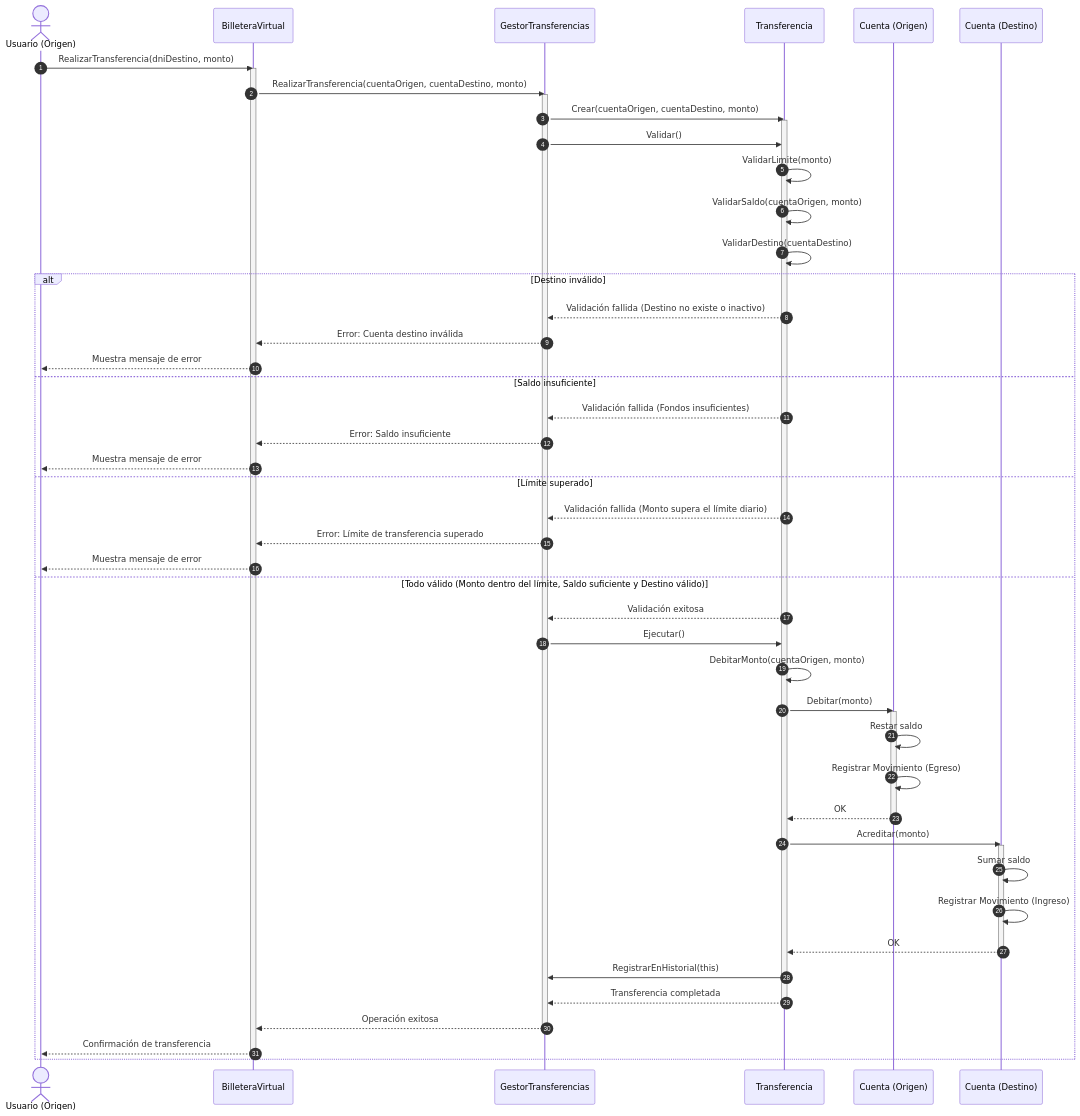
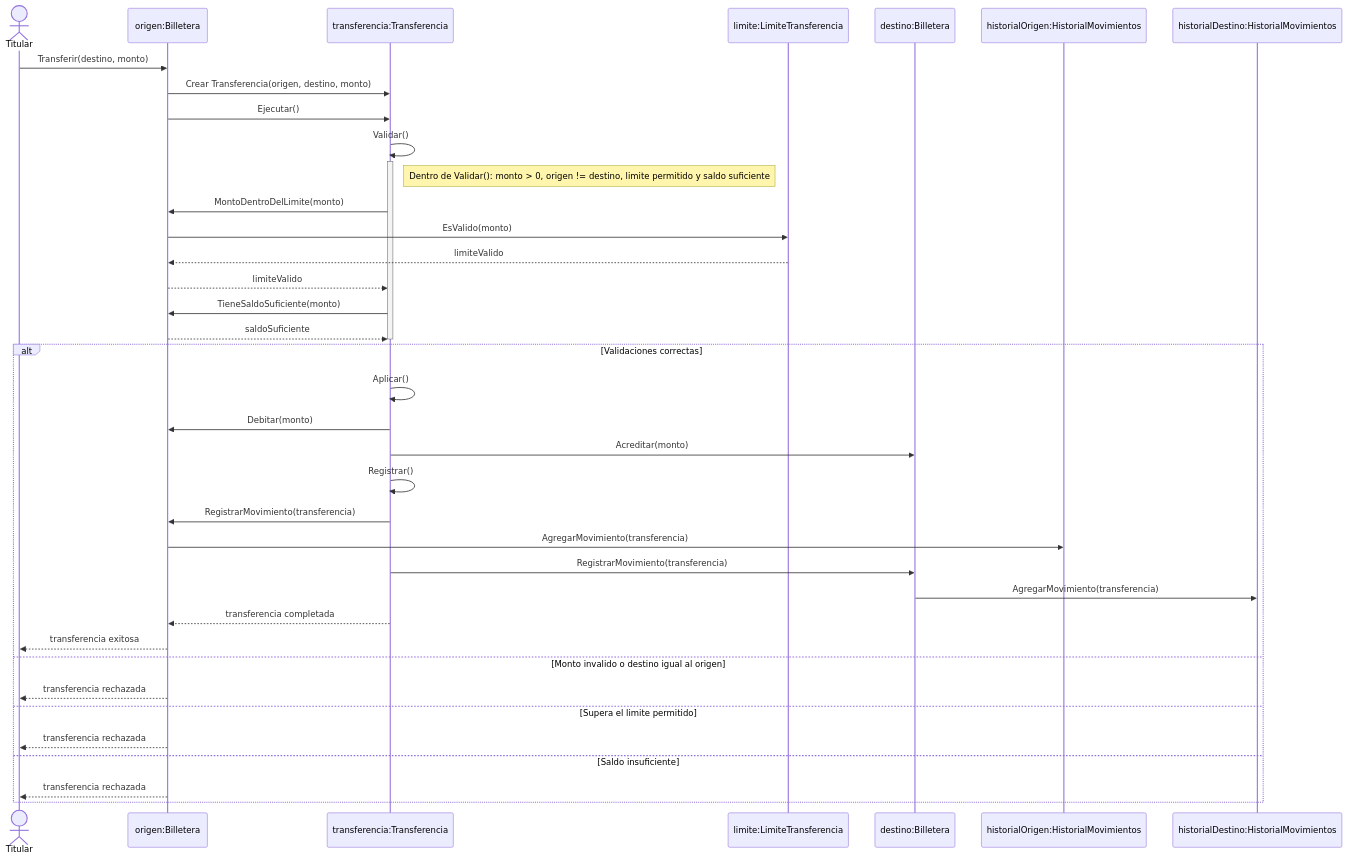
One commit to ElPichichiii/BilleteraVirtual changed the second of 2 diagrams in docs/modelo.md. Above: the diagram before and after it, drawn with Mermaid. The commit also changed other lines of this file, not shown here.

Commit message:
docs: actualizar UML y diagrama de secuencia

````diff
--- a/docs/modelo.md
+++ b/docs/modelo.md
@@ -132,71 +143,52 @@
 ```mermaid
 sequenceDiagram
-    autonumber
-    actor U as Usuario (Origen)
-    participant B as BilleteraVirtual
-    participant G as GestorTransferencias
-    participant T as Transferencia
-    participant CO as Cuenta (Origen)
-    participant CD as Cuenta (Destino)
+    actor Titular
+    participant Origen as origen:Billetera
+    participant Transf as transferencia:Transferencia
+    participant Limite as limite:LimiteTransferencia
+    participant Destino as destino:Billetera
+    participant HOrigen as historialOrigen:HistorialMovimientos
+    participant HDestino as historialDestino:HistorialMovimientos
 
-    U->>B: RealizarTransferencia(dniDestino, monto)
-    activate B
+    Titular->>Origen: Transferir(destino, monto)
+    Origen->>Transf: Crear Transferencia(origen, destino, monto)
+    Origen->>Transf: Ejecutar()
 
-    B->>G: RealizarTransferencia(cuentaOrigen, cuentaDestino, monto)
-    activate G
+    Transf->>Transf: Validar()
+    activate Transf
+    Note right of Transf: Dentro de Validar(): monto > 0, origen != destino, limite permitido y saldo suficiente
 
-    G->>T: Crear(cuentaOrigen, cuentaDestino, monto)
-    activate T
+    Transf->>Origen: MontoDentroDelLimite(monto)
+    Origen->>Limite: EsValido(monto)
+    Limite-->>Origen: limiteValido
+    Origen-->>Transf: limiteValido
 
-    G->>T: Validar()
-    
-    %% Autodelegaciones obligatorias de validación
-    T->>T: ValidarLimite(monto)
-    T->>T: ValidarSaldo(cuentaOrigen, monto)
-    T->>T: ValidarDestino(cuentaDestino)
+    Transf->>Origen: TieneSaldoSuficiente(monto)
+    Origen-->>Transf: saldoSuficiente
+    deactivate Transf
 
-    alt Destino inválido
-        T-->>G: Validación fallida (Destino no existe o inactivo)
-        G-->>B: Error: Cuenta destino inválida
-        B-->>U: Muestra mensaje de error
+    alt Validaciones correctas
+        Transf->>Transf: Aplicar()
+        Transf->>Origen: Debitar(monto)
+        Transf->>Destino: Acreditar(monto)
+
+        Transf->>Transf: Registrar()
+        Transf->>Origen: RegistrarMovimiento(transferencia)
+        Origen->>HOrigen: AgregarMovimiento(transferencia)
+
+        Transf->>Destino: RegistrarMovimiento(transferencia)
+        Destino->>HDestino: AgregarMovimiento(transferencia)
+
+        Transf-->>Origen: transferencia completada
+        Origen-->>Titular: transferencia exitosa
+
+    else Monto invalido o destino igual al origen
+        Origen-->>Titular: transferencia rechazada
+
+    else Supera el limite permitido
+        Origen-->>Titular: transferencia rechazada
+
     else Saldo insuficiente
-        T-->>G: Validación fallida (Fondos insuficientes)
-        G-->>B: Error: Saldo insuficiente
-        B-->>U: Muestra mensaje de error
-    else Límite superado
-        T-->>G: Validación fallida (Monto supera el límite diario)
-        G-->>B: Error: Límite de transferencia superado
-        B-->>U: Muestra mensaje de error
-    else Todo válido (Monto dentro del límite, Saldo suficiente y Destino válido)
-        T-->>G: Validación exitosa
-
-        G->>T: Ejecutar()
-
-        %% Autodelegación para debitar el monto
-        T->>T: DebitarMonto(cuentaOrigen, monto)
-        T->>CO: Debitar(monto)
-        activate CO
-        CO->>CO: Restar saldo
-        CO->>CO: Registrar Movimiento (Egreso)
-        CO-->>T: OK
-        deactivate CO
-
-        T->>CD: Acreditar(monto)
-        activate CD
-        CD->>CD: Sumar saldo
-        CD->>CD: Registrar Movimiento (Ingreso)
-        CD-->>T: OK
-        deactivate CD
-
-        %% Registro de la transferencia en historiales
-        T->>G: RegistrarEnHistorial(this)
-        T-->>G: Transferencia completada
-        deactivate T
-
-        G-->>B: Operación exitosa
-        deactivate G
-
-        B-->>U: Confirmación de transferencia
-        deactivate B
+        Origen-->>Titular: transferencia rechazada
     end
 ```
````
